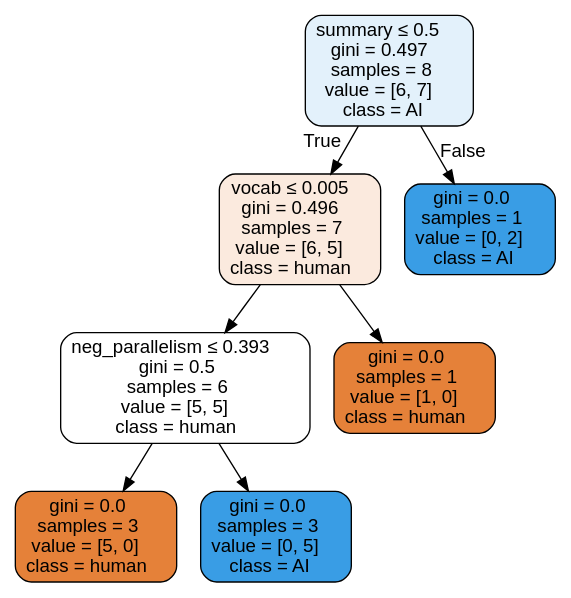
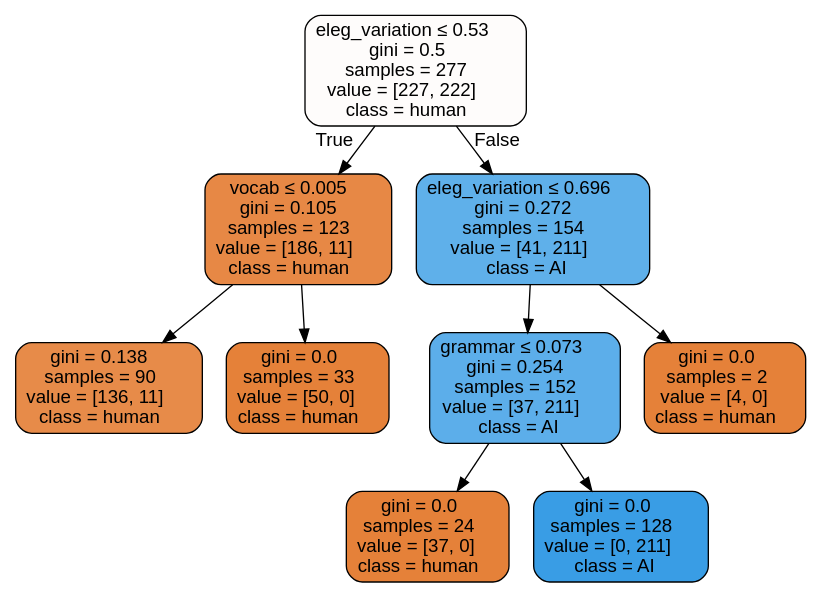
Before and after one commit to Paulpoomrit/LING450_TermProject: the diagram in results/full/yame_wout_full.dot, drawn with Graphviz. The commit also changed 41 other files, not shown here.

```diff
--- a/results/full/yame_wout_full.dot
+++ b/results/full/yame_wout_full.dot
@@ -1,17 +1,21 @@
 digraph Tree {
 node [shape=box, style="filled, rounded", color="black", fontname="helvetica"] ;
 edge [fontname="helvetica"] ;
-0 [label=<summary &le; 0.5<br/>gini = 0.497<br/>samples = 8<br/>value = [6, 7]<br/>class = AI>, fillcolor="#e3f1fb"] ;
-1 [label=<vocab &le; 0.005<br/>gini = 0.496<br/>samples = 7<br/>value = [6, 5]<br/>class = human>, fillcolor="#fbeade"] ;
+0 [label=<eleg_variation &le; 0.53<br/>gini = 0.5<br/>samples = 277<br/>value = [227, 222]<br/>class = human>, fillcolor="#fefcfb"] ;
+1 [label=<vocab &le; 0.005<br/>gini = 0.105<br/>samples = 123<br/>value = [186, 11]<br/>class = human>, fillcolor="#e78845"] ;
 0 -> 1 [labeldistance=2.5, labelangle=45, headlabel="True"] ;
-3 [label=<neg_parallelism &le; 0.393<br/>gini = 0.5<br/>samples = 6<br/>value = [5, 5]<br/>class = human>, fillcolor="#ffffff"] ;
-1 -> 3 ;
-5 [label=<gini = 0.0<br/>samples = 3<br/>value = [5, 0]<br/>class = human>, fillcolor="#e58139"] ;
+7 [label=<gini = 0.138<br/>samples = 90<br/>value = [136, 11]<br/>class = human>, fillcolor="#e78b49"] ;
+1 -> 7 ;
+8 [label=<gini = 0.0<br/>samples = 33<br/>value = [50, 0]<br/>class = human>, fillcolor="#e58139"] ;
+1 -> 8 ;
+2 [label=<eleg_variation &le; 0.696<br/>gini = 0.272<br/>samples = 154<br/>value = [41, 211]<br/>class = AI>, fillcolor="#5fb0ea"] ;
+0 -> 2 [labeldistance=2.5, labelangle=-45, headlabel="False"] ;
+3 [label=<grammar &le; 0.073<br/>gini = 0.254<br/>samples = 152<br/>value = [37, 211]<br/>class = AI>, fillcolor="#5caeea"] ;
+2 -> 3 ;
+5 [label=<gini = 0.0<br/>samples = 24<br/>value = [37, 0]<br/>class = human>, fillcolor="#e58139"] ;
 3 -> 5 ;
-6 [label=<gini = 0.0<br/>samples = 3<br/>value = [0, 5]<br/>class = AI>, fillcolor="#399de5"] ;
+6 [label=<gini = 0.0<br/>samples = 128<br/>value = [0, 211]<br/>class = AI>, fillcolor="#399de5"] ;
 3 -> 6 ;
-4 [label=<gini = 0.0<br/>samples = 1<br/>value = [1, 0]<br/>class = human>, fillcolor="#e58139"] ;
-1 -> 4 ;
-2 [label=<gini = 0.0<br/>samples = 1<br/>value = [0, 2]<br/>class = AI>, fillcolor="#399de5"] ;
-0 -> 2 [labeldistance=2.5, labelangle=-45, headlabel="False"] ;
+4 [label=<gini = 0.0<br/>samples = 2<br/>value = [4, 0]<br/>class = human>, fillcolor="#e58139"] ;
+2 -> 4 ;
 }
```
